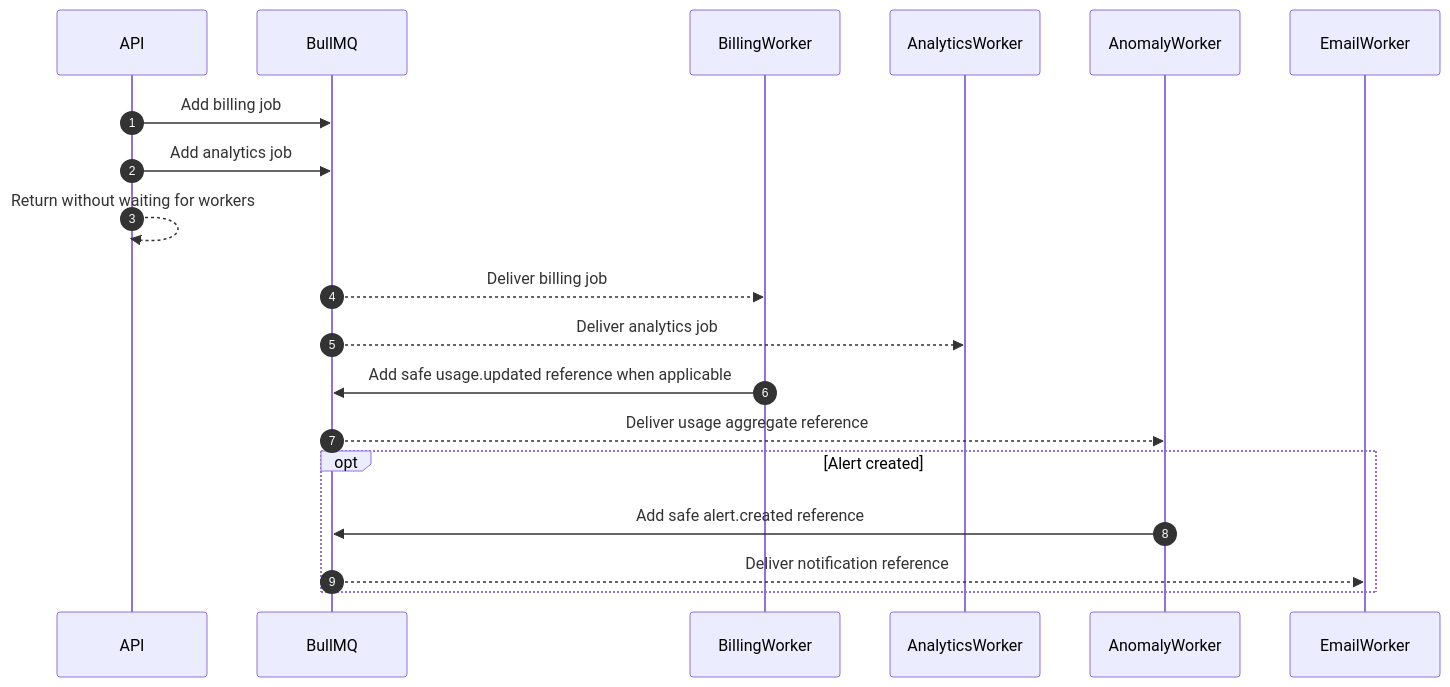
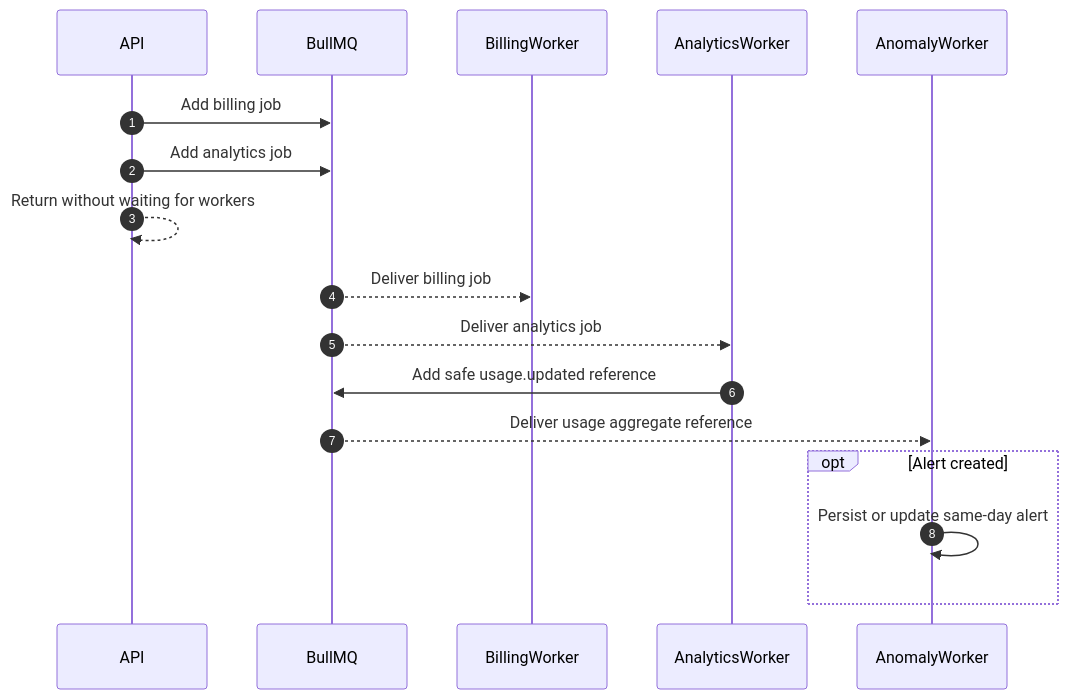
Diagram 17 of 37 in docs/12_SEQUENCE_DIAGRAMS.md (tarun5004/ProxyAi), drawn with Mermaid before and after one commit. The commit also changed other lines of this file and 9 other files, not shown here.

````diff
--- a/docs/12_SEQUENCE_DIAGRAMS.md
+++ b/docs/12_SEQUENCE_DIAGRAMS.md
@@ -766,23 +766,21 @@
 ```mermaid
 sequenceDiagram
     autonumber
     participant API
     participant BullMQ
     participant BillingWorker
     participant AnalyticsWorker
     participant AnomalyWorker
-    participant EmailWorker
 
     API->>BullMQ: Add billing job
     API->>BullMQ: Add analytics job
     API-->>API: Return without waiting for workers
 
     BullMQ-->>BillingWorker: Deliver billing job
     BullMQ-->>AnalyticsWorker: Deliver analytics job
-    BillingWorker->>BullMQ: Add safe usage.updated reference when applicable
+    AnalyticsWorker->>BullMQ: Add safe usage.updated reference
     BullMQ-->>AnomalyWorker: Deliver usage aggregate reference
     opt Alert created
-        AnomalyWorker->>BullMQ: Add safe alert.created reference
-        BullMQ-->>EmailWorker: Deliver notification reference
+        AnomalyWorker->>AnomalyWorker: Persist or update same-day alert
     end
 ```
````
